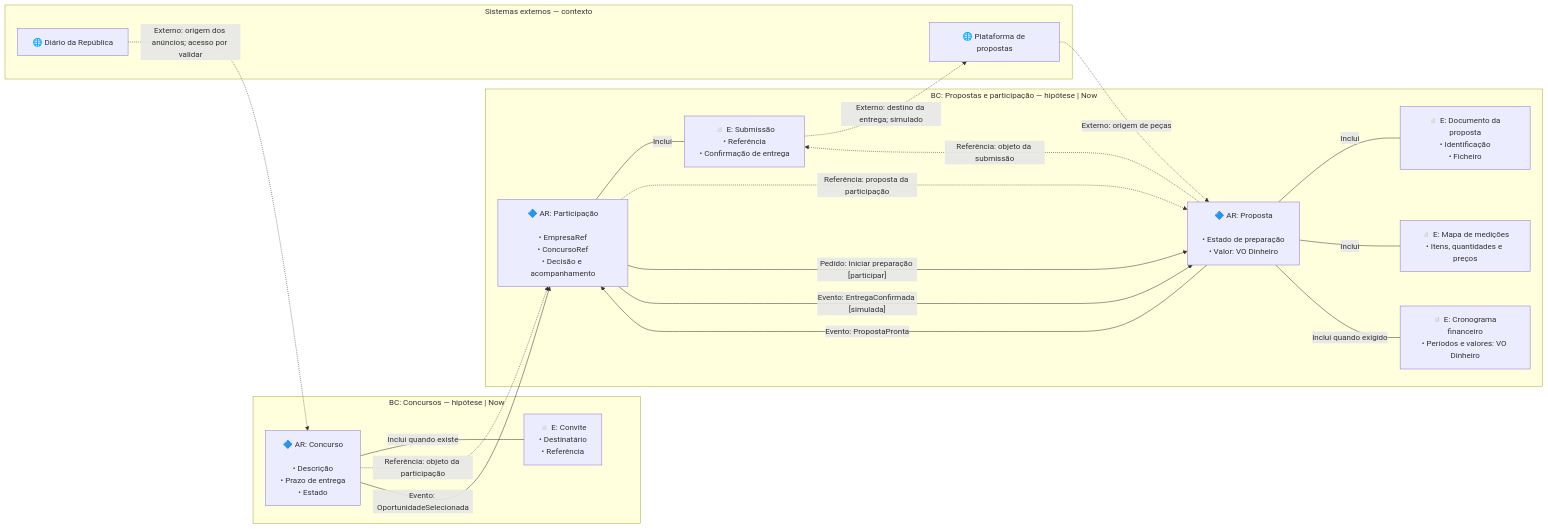
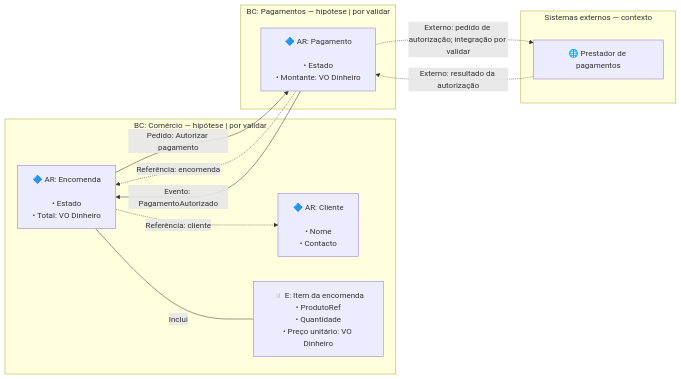
One commit to prumod/cairn-web changed the diagram in context/formats/entity-aggregate-flows.md. Above: the diagram before and after it, drawn with Mermaid. The commit also changed other lines of this file and 5 other files, not shown here.

````diff
--- a/context/formats/entity-aggregate-flows.md
+++ b/context/formats/entity-aggregate-flows.md
@@ -34,37 +34,24 @@
 ```mermaid
 flowchart LR
-    subgraph BC_CONCURSOS["BC: Concursos — hipótese | Now"]
-        C["🔷 AR: Concurso<br/><br/>• Descrição<br/>• Prazo de entrega<br/>• Estado"]
-        V["◽ E: Convite<br/>• Destinatário<br/>• Referência"]
-        C ---|"Inclui quando existe"| V
+    subgraph BC_COMMERCE["BC: Comércio — hipótese | por validar"]
+        C["🔷 AR: Cliente<br/><br/>• Nome<br/>• Contacto"]
+        O["🔷 AR: Encomenda<br/><br/>• Estado<br/>• Total: VO Dinheiro"]
+        I["◽ E: Item da encomenda<br/>• ProdutoRef<br/>• Quantidade<br/>• Preço unitário: VO Dinheiro"]
+        O ---|"Inclui"| I
+        O -. "Referência: cliente" .-> C
     end
 
-    subgraph BC_PROPOSTAS["BC: Propostas e participação — hipótese | Now"]
-        PA["🔷 AR: Participação<br/><br/>• EmpresaRef<br/>• ConcursoRef<br/>• Decisão e acompanhamento"]
-        S["◽ E: Submissão<br/>• Referência<br/>• Confirmação de entrega"]
-        P["🔷 AR: Proposta<br/><br/>• Estado de preparação<br/>• Valor: VO Dinheiro"]
-        D["◽ E: Documento da proposta<br/>• Identificação<br/>• Ficheiro"]
-        MM["◽ E: Mapa de medições<br/>• Itens, quantidades e preços"]
-        CF["◽ E: Cronograma financeiro<br/>• Períodos e valores: VO Dinheiro"]
-        PA ---|"Inclui"| S
-        P ---|"Inclui"| D
-        P ---|"Inclui"| MM
-        P ---|"Inclui quando exigido"| CF
+    subgraph BC_FINANCE["BC: Pagamentos — hipótese | por validar"]
+        P["🔷 AR: Pagamento<br/><br/>• Estado<br/>• Montante: VO Dinheiro"]
+        P -. "Referência: encomenda" .-> O
     end
 
-    C -. "Referência: objeto da participação" .-> PA
-    PA -. "Referência: proposta da participação" .-> P
-    P -. "Referência: objeto da submissão" .-> S
-    C -->|"Evento: OportunidadeSelecionada"| PA
-    PA -->|"Pedido: Iniciar preparação [participar]"| P
-    P -->|"Evento: PropostaPronta"| PA
-    PA -->|"Evento: EntregaConfirmada [simulada]"| P
+    O -->|"Pedido: Autorizar pagamento"| P
+    P -->|"Evento: PagamentoAutorizado"| O
 
-    subgraph EXTERNOS["Sistemas externos — contexto"]
-        DR["🌐 Diário da República"]
-        PLAT["🌐 Plataforma de propostas"]
+    subgraph EXTERNAL["Sistemas externos — contexto"]
+        PSP["🌐 Prestador de pagamentos"]
     end
-    DR -. "Externo: origem dos anúncios; acesso por validar" .-> C
-    PLAT -. "Externo: origem de peças" .-> P
-    S -. "Externo: destino da entrega; simulado" .-> PLAT
+    P -. "Externo: pedido de autorização; integração por validar" .-> PSP
+    PSP -. "Externo: resultado da autorização" .-> P
 ```
````
